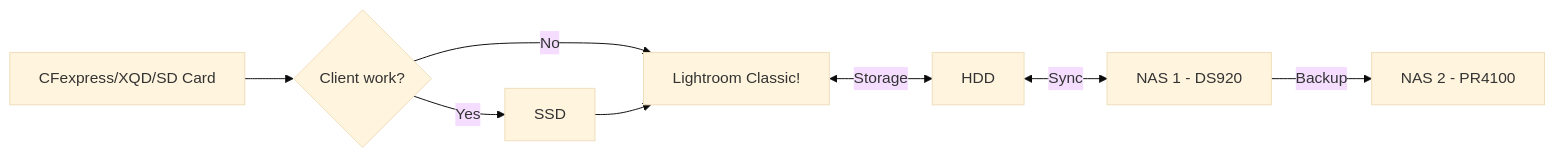
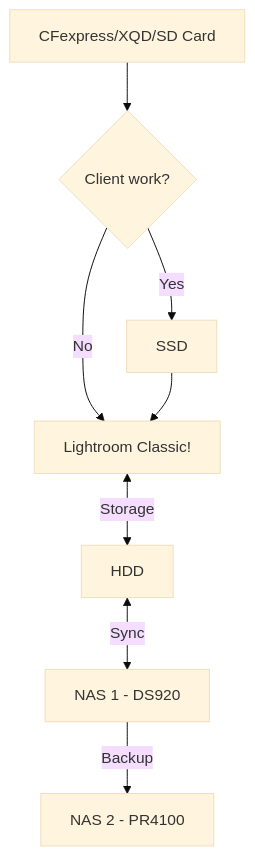
The diagram in docs/Photography/Backup_Strategy.md (GSB-Deleven/mkdocs-material), drawn with Mermaid (base theme) before and after one commit. The commit also changed 4 other files, not shown here.

````diff
--- a/docs/Photography/Backup_Strategy.md
+++ b/docs/Photography/Backup_Strategy.md
@@ -7,10 +7,10 @@
 ``` mermaid
-graph LR
+graph TD
   Card[CFexpress/XQD/SD Card] --> Client{Client work?};
   Client -->|Yes| SSD[SSD];
   Client -->|No| LrC[Lightroom Classic!];
   SSD --> LrC
   LrC <-->|Storage| HDD[HDD] 
   HDD <-->|Sync| DS920[NAS 1 - DS920 ]
   DS920 -->|Backup| PR4100[NAS 2 - PR4100]
 ```
````
